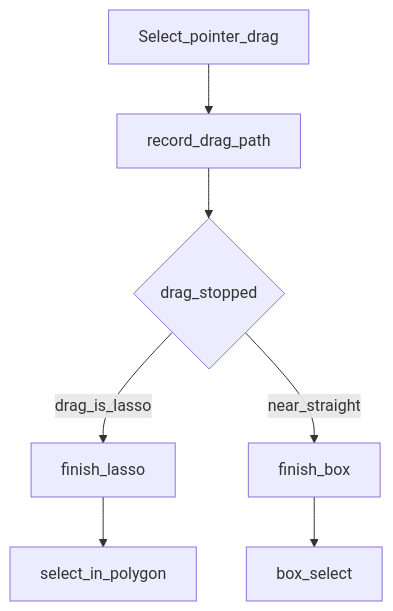
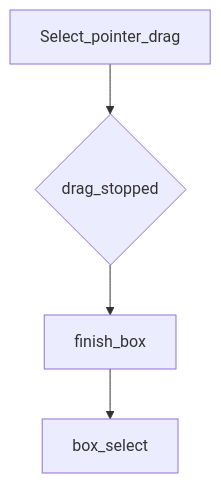
One commit to HolagundiWorks/AAD changed the diagram in docs/engineering/vol-06-selection-engine.md. Above: the diagram before and after it, drawn with Mermaid. The commit also changed other lines of this file and 36 other files, not shown here.

````diff
--- a/docs/engineering/vol-06-selection-engine.md
+++ b/docs/engineering/vol-06-selection-engine.md
@@ -37,10 +38,7 @@
 ```mermaid
 flowchart TD
   drag[Select_pointer_drag]
-  drag --> trail[record_drag_path]
-  trail --> stop{drag_stopped}
-  stop -->|drag_is_lasso| lasso[finish_lasso]
-  stop -->|near_straight| box[finish_box]
-  lasso --> poly[select_in_polygon]
+  drag --> stop{drag_stopped}
+  stop --> box[finish_box]
   box --> aabb[box_select]
 ```
````
